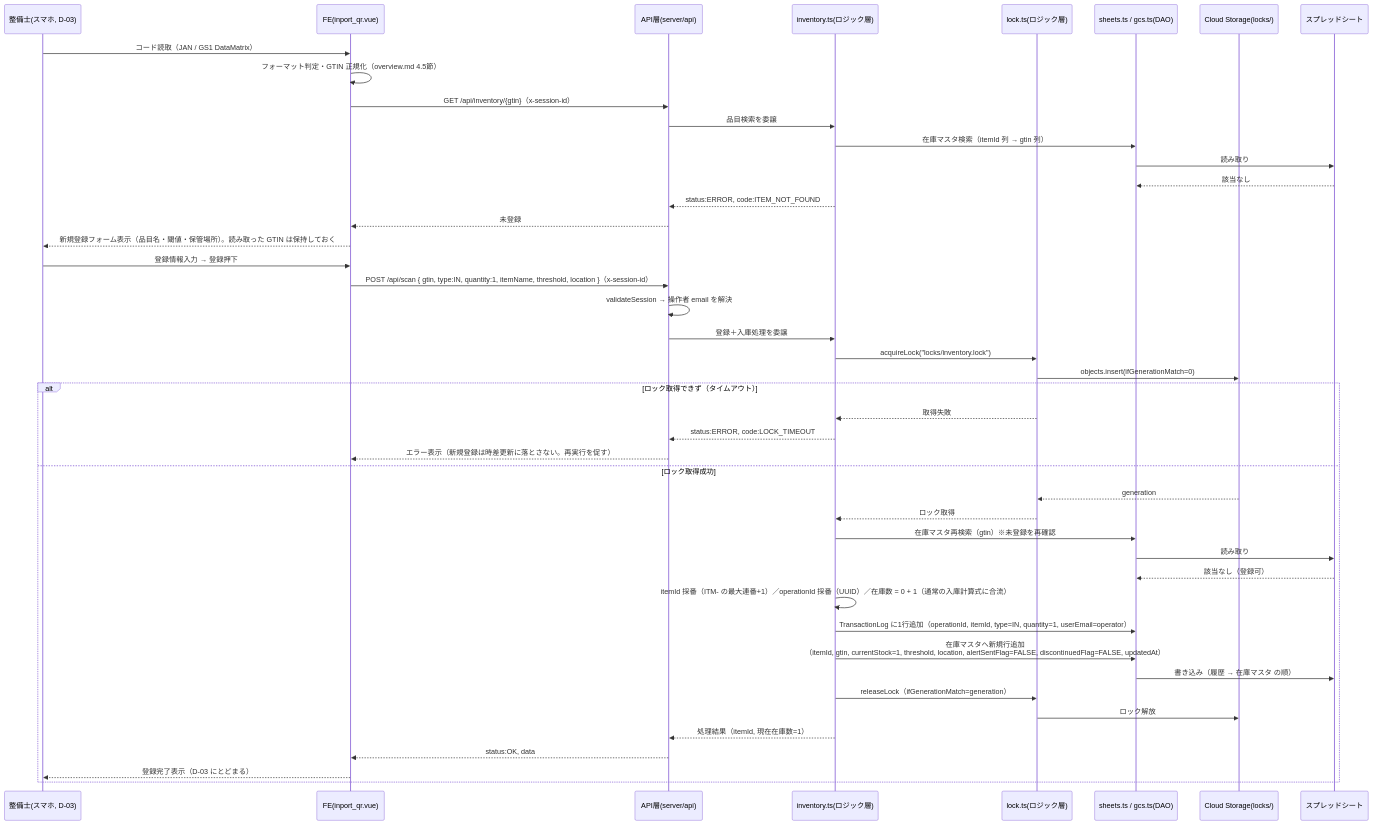
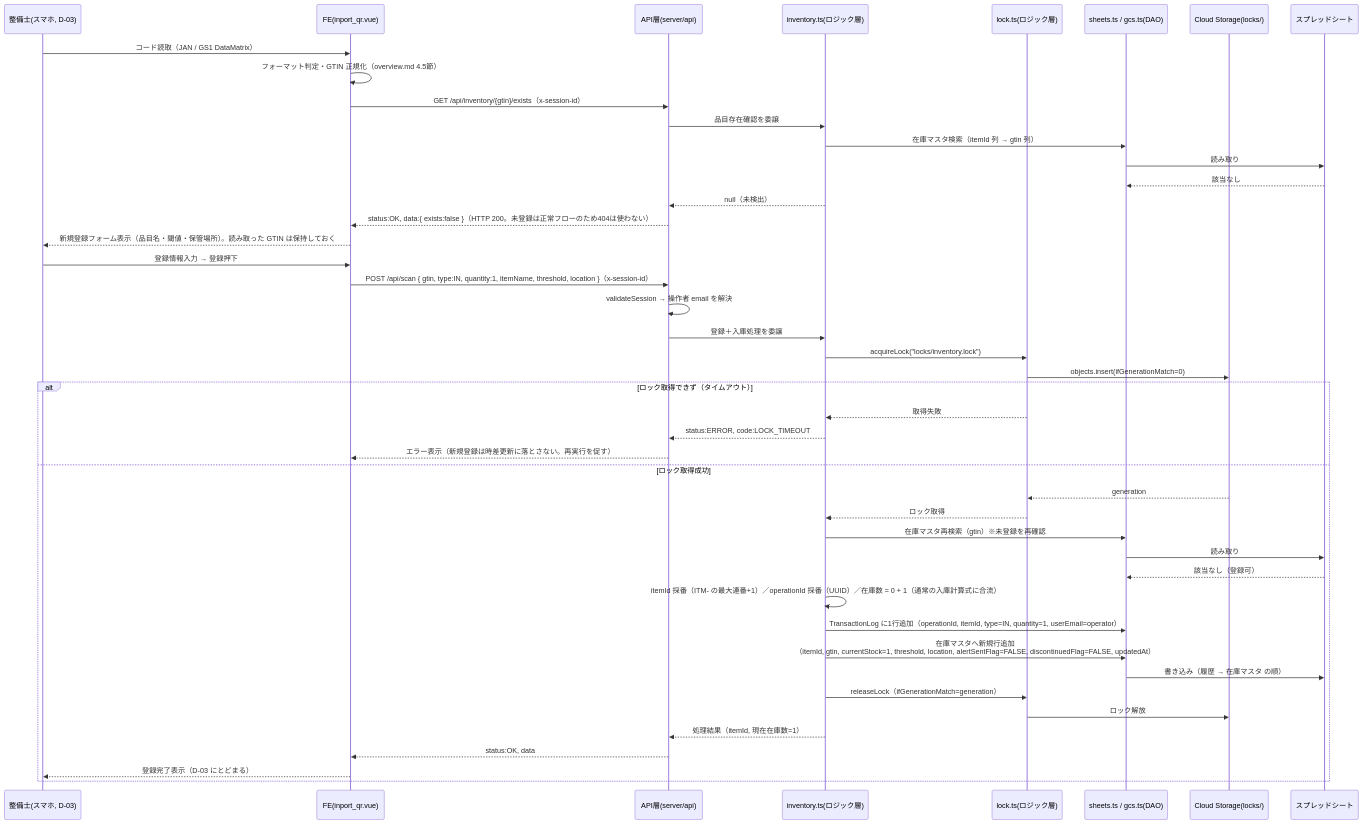
Before and after one commit to shinichi-yoshida-16/inventory_system_v2: the third of 6 diagrams in docs/architecture/sequence.md, drawn with Mermaid. The commit also changed other lines of this file and 14 other files, not shown here.

First line of the commit message:
在庫スキャン時の新規登録判定を専用API化しITEM_NOT_FOUND(404)を回避

````diff
--- a/docs/architecture/sequence.md
+++ b/docs/architecture/sequence.md
@@ -218,49 +218,49 @@
 ```mermaid
 sequenceDiagram
     participant U as 整備士(スマホ, D-03)
     participant FE as FE(inport_qr.vue)
     participant API as API層(server/api)
     participant Logic as inventory.ts(ロジック層)
     participant Lock as lock.ts(ロジック層)
     participant DAO as sheets.ts / gcs.ts(DAO)
     participant GCS as Cloud Storage(locks/)
     participant SS as スプレッドシート
 
     U->>FE: コード読取（JAN / GS1 DataMatrix）
     FE->>FE: フォーマット判定・GTIN 正規化（overview.md 4.5節）
-    FE->>API: GET /api/inventory/{gtin}（x-session-id）
-    API->>Logic: 品目検索を委譲
+    FE->>API: GET /api/inventory/{gtin}/exists（x-session-id）
+    API->>Logic: 品目存在確認を委譲
     Logic->>DAO: 在庫マスタ検索（itemId 列 → gtin 列）
     DAO->>SS: 読み取り
     SS-->>DAO: 該当なし
-    Logic-->>API: status:ERROR, code:ITEM_NOT_FOUND
-    API-->>FE: 未登録
+    Logic-->>API: null（未検出）
+    API-->>FE: status:OK, data:{ exists:false }（HTTP 200。未登録は正常フローのため404は使わない）
     FE-->>U: 新規登録フォーム表示（品目名・閾値・保管場所）。読み取った GTIN は保持しておく
 
     U->>FE: 登録情報入力 → 登録押下
     FE->>API: POST /api/scan { gtin, type:IN, quantity:1, itemName, threshold, location }（x-session-id）
     API->>API: validateSession → 操作者 email を解決
     API->>Logic: 登録＋入庫処理を委譲
     Logic->>Lock: acquireLock("locks/inventory.lock")
     Lock->>GCS: objects.insert(ifGenerationMatch=0)
     alt ロック取得できず（タイムアウト）
         Lock-->>Logic: 取得失敗
         Logic-->>API: status:ERROR, code:LOCK_TIMEOUT
         API-->>FE: エラー表示（新規登録は時差更新に落とさない。再実行を促す）
     else ロック取得成功
         GCS-->>Lock: generation
         Lock-->>Logic: ロック取得
         Logic->>DAO: 在庫マスタ再検索（gtin）※未登録を再確認
         DAO->>SS: 読み取り
         SS-->>DAO: 該当なし（登録可）
         Logic->>Logic: itemId 採番（ITM- の最大連番+1）／operationId 採番（UUID）／在庫数 = 0 + 1（通常の入庫計算式に合流）
         Logic->>DAO: TransactionLog に1行追加（operationId, itemId, type=IN, quantity=1, userEmail=operator）
         Logic->>DAO: 在庫マスタへ新規行追加<br/>（itemId, gtin, currentStock=1, threshold, location, alertSentFlag=FALSE, discontinuedFlag=FALSE, updatedAt）
         DAO->>SS: 書き込み（履歴 → 在庫マスタ の順）
         Logic->>Lock: releaseLock（ifGenerationMatch=generation）
         Lock->>GCS: ロック解放
         Logic-->>API: 処理結果（itemId, 現在在庫数=1）
         API-->>FE: status:OK, data
         FE-->>U: 登録完了表示（D-03 にとどまる）
     end
 ```
````
